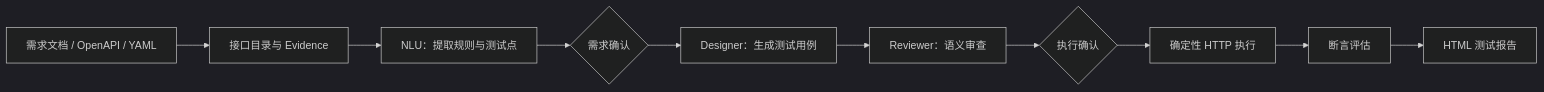
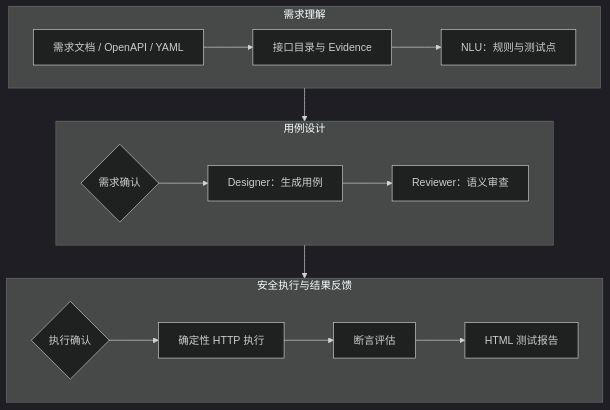
Before and after one commit to zjiang208-cpu/multi-agent-api-test-platform: the diagram in README.md, drawn with Mermaid (dark theme). The commit also changed other lines of this file, not shown here.

Commit message:
完善接口测试工作流、项目文档和演示布局

````diff
--- a/README.md
+++ b/README.md
@@ -43,12 +43,17 @@
 ```mermaid
-flowchart LR
-    A["需求文档 / OpenAPI / YAML"] --> B["接口目录与 Evidence"]
-    B --> C["NLU：提取规则与测试点"]
-    C --> D{"需求确认"}
-    D --> E["Designer：生成测试用例"]
-    E --> F["Reviewer：语义审查"]
-    F --> G{"执行确认"}
-    G --> H["确定性 HTTP 执行"]
-    H --> I["断言评估"]
-    I --> J["HTML 测试报告"]
+flowchart TB
+    subgraph S1["需求理解"]
+        direction LR
+        A["需求文档 / OpenAPI / YAML"] --> B["接口目录与 Evidence"] --> C["NLU：规则与测试点"]
+    end
+    subgraph S2["用例设计"]
+        direction LR
+        D{"需求确认"} --> E["Designer：生成用例"] --> F["Reviewer：语义审查"]
+    end
+    subgraph S3["安全执行与结果反馈"]
+        direction LR
+        G{"执行确认"} --> H["确定性 HTTP 执行"] --> I["断言评估"] --> J["HTML 测试报告"]
+    end
+    C --> D
+    F --> G
 ```
````
